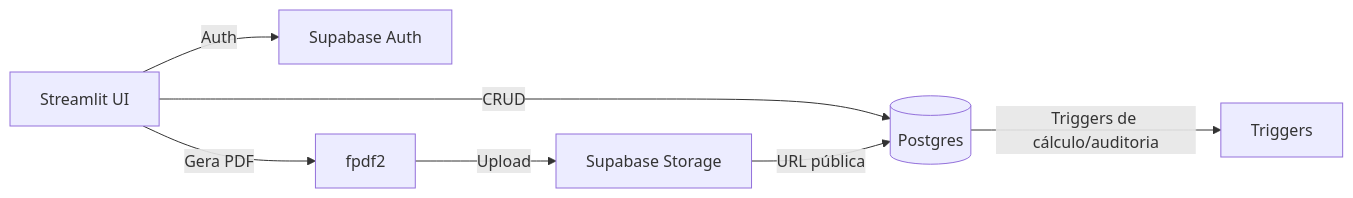
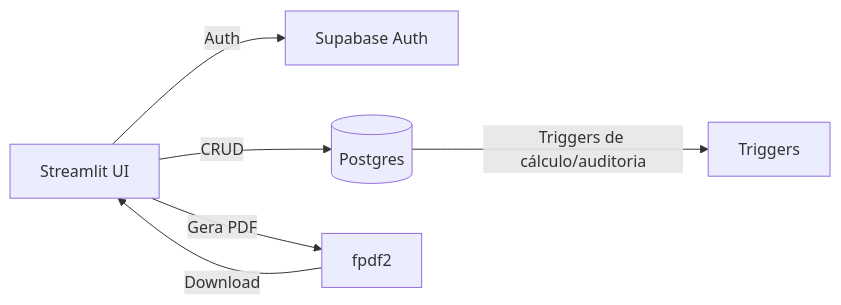
One commit to robyfaria/sepol changed the diagram in README.md. Above: the diagram before and after it, drawn with Mermaid. The commit also changed other lines of this file and 3 other files, not shown here.

````diff
--- a/README.md
+++ b/README.md
@@ -95,9 +95,8 @@
 ```mermaid
 flowchart LR
     UI[Streamlit UI] -->|Auth| Auth[Supabase Auth]
     UI -->|CRUD| DB[(Postgres)]
     DB -->|Triggers de cálculo/auditoria| TRG[Triggers]
     UI -->|Gera PDF| PDF[fpdf2]
-    PDF -->|Upload| STO[Supabase Storage]
-    STO -->|URL pública| DB
+    PDF -->|Download| UI
 ```
````
